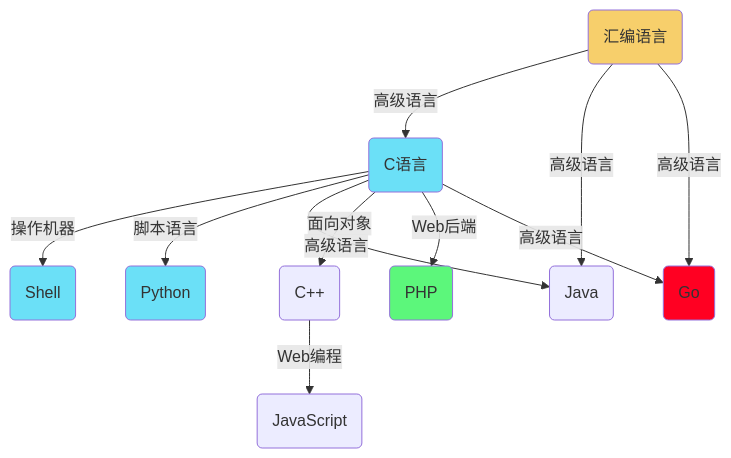
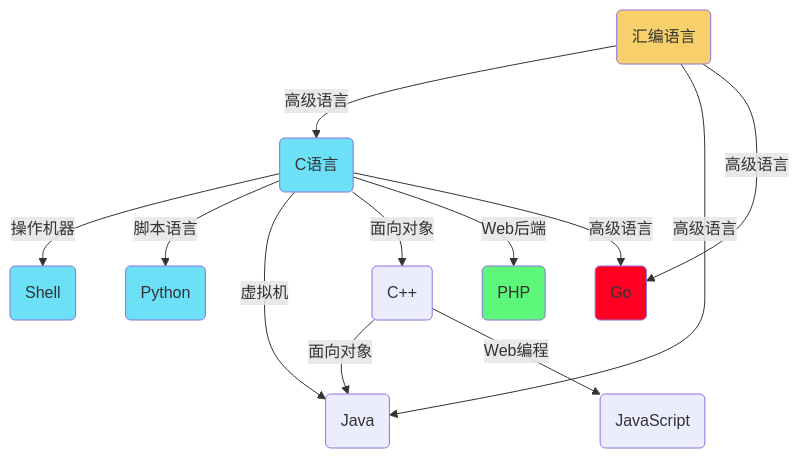
Before and after one commit to Gaohaoyang/gaohaoyang.github.io: the diagram in _posts/2010-07-26-computer-history.md, drawn with Mermaid. The commit also changed other lines of this file, not shown here.

Commit message:
演化图优化

```diff
--- a/_posts/2010-07-26-computer-history.md
+++ b/_posts/2010-07-26-computer-history.md
@@ -447,28 +448,29 @@
 <div class="mermaid">
 %% 编程语言演化图
     graph TD
     A(汇编语言):::s
     classDef s fill:#C8D64B;
     style A fill:#F7CF6B;
     style B fill:#6BE0F7;
     style C fill:#6BE0F7;
     style D fill:#6BE0F7;
     style H fill:#5CF77B;
     style I fill:#f02;
     A -->|高级语言| C(C语言)
     C -->|操作机器| B(Shell)
     C -->|脚本语言| D(Python)
-    C -->|高级语言| E(Java)
+    C -->|虚拟机| E(Java)
     A -->|高级语言| E(Java)
     C -->|面向对象| F(C++)
+    F -->|面向对象| E(Java)
     F -->|Web编程| G(JavaScript)
     C -->|Web后端| H(PHP)
     A -->|高级语言| I(Go)
     C -->|高级语言| I(Go)
     click B "https://wqw547243068.github.io/linux#shell语言" "shell用法"
     click C "https://wqw547243068.github.io/c#c语言" "c/c++语言"
     click D "https://wqw547243068.github.io/python" "Python语言"
     click F "https://wqw547243068.github.io/c#c" "c/c++语言"
     click G "https://wqw547243068.github.io/web#js" "web开发"
     click I "https://wqw547243068.github.io/go" "go语言"
 </div>
```
